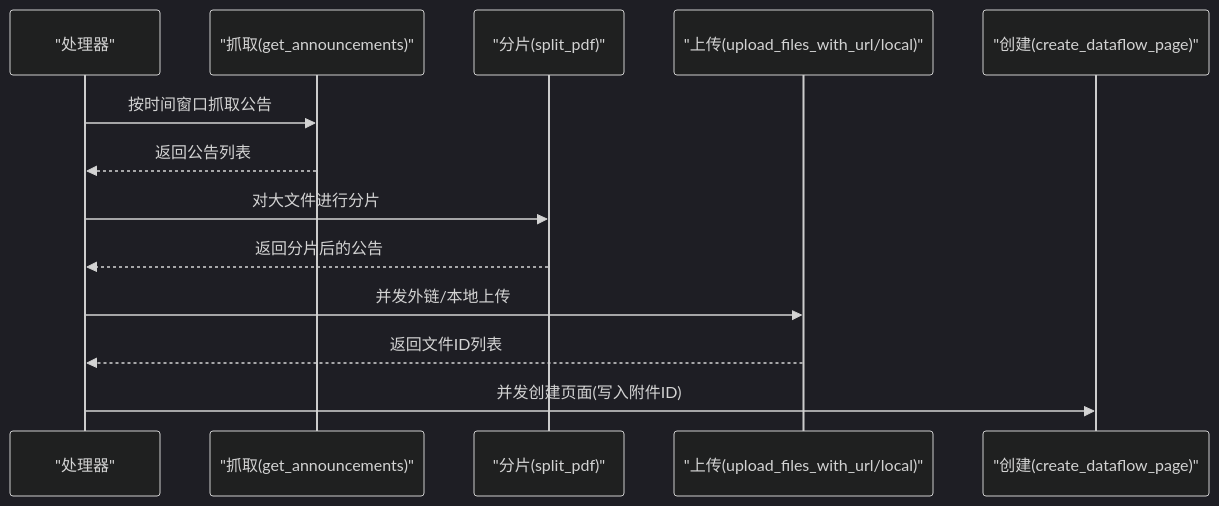
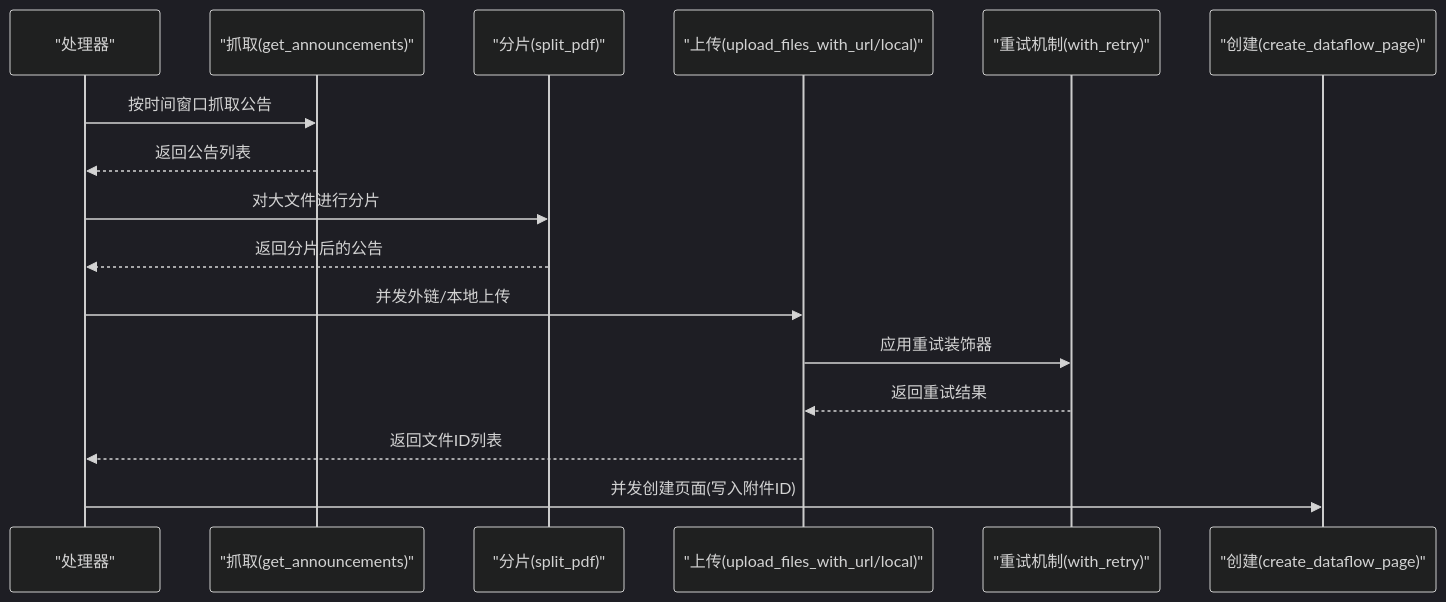
Before and after one commit to iverwong/DataLife: the fourth of 5 diagrams in .qoder/repowiki/zh/content/核心模块详解/Notion集成模块/Notion集成模块.md, drawn with Mermaid (dark theme). The commit also changed other lines of this file and 6 other files, not shown here.

````diff
--- a/.qoder/repowiki/zh/content/核心模块详解/Notion集成模块/Notion集成模块.md
+++ b/.qoder/repowiki/zh/content/核心模块详解/Notion集成模块/Notion集成模块.md
@@ -253,15 +273,18 @@
 ```mermaid
 sequenceDiagram
 participant H as "处理器"
 participant G as "抓取(get_announcements)"
 participant S as "分片(split_pdf)"
 participant U as "上传(upload_files_with_url/local)"
+participant R as "重试机制(with_retry)"
 participant F as "创建(create_dataflow_page)"
 H->>G : 按时间窗口抓取公告
 G-->>H : 返回公告列表
 H->>S : 对大文件进行分片
 S-->>H : 返回分片后的公告
 H->>U : 并发外链/本地上传
+U->>R : 应用重试装饰器
+R-->>U : 返回重试结果
 U-->>H : 返回文件ID列表
 H->>F : 并发创建页面(写入附件ID)
 ```
````
